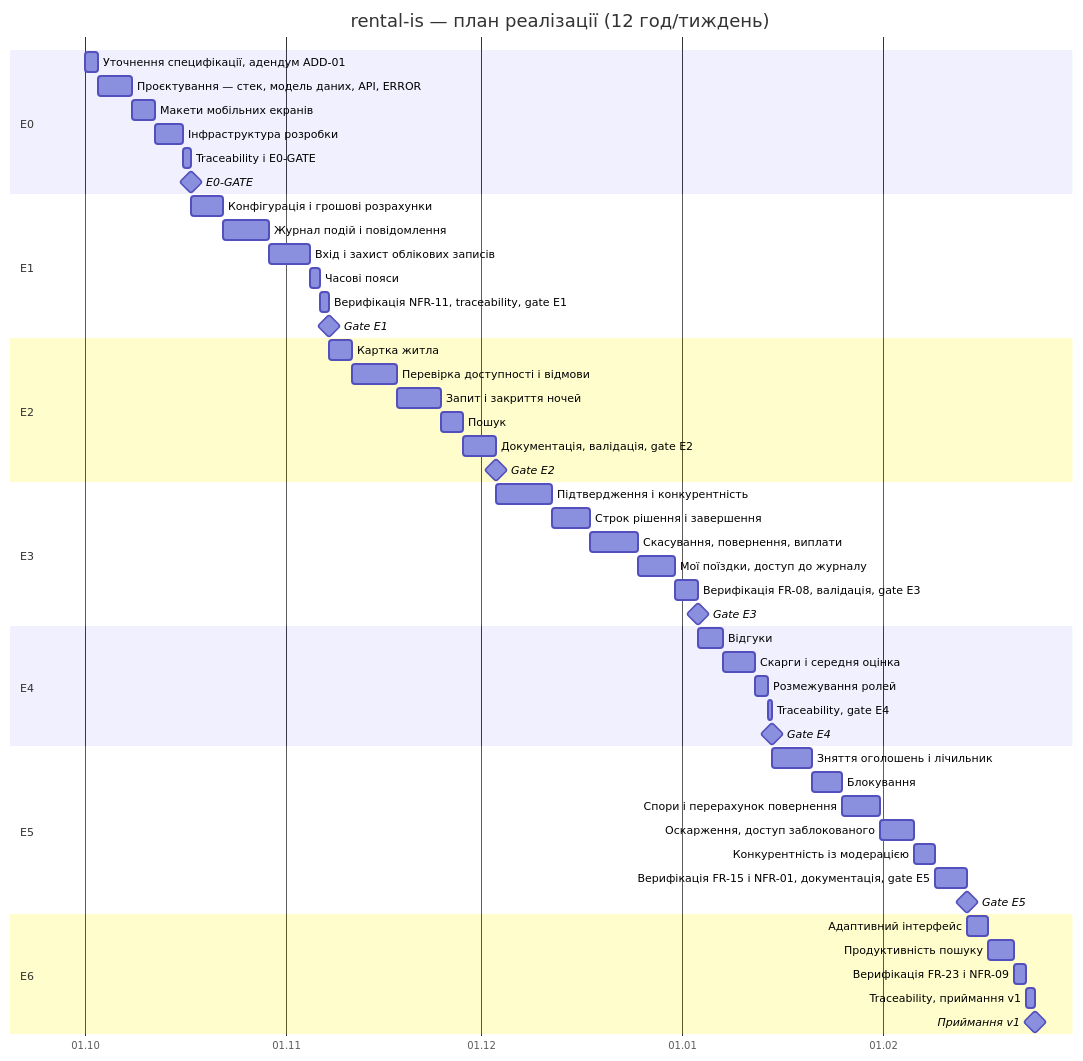
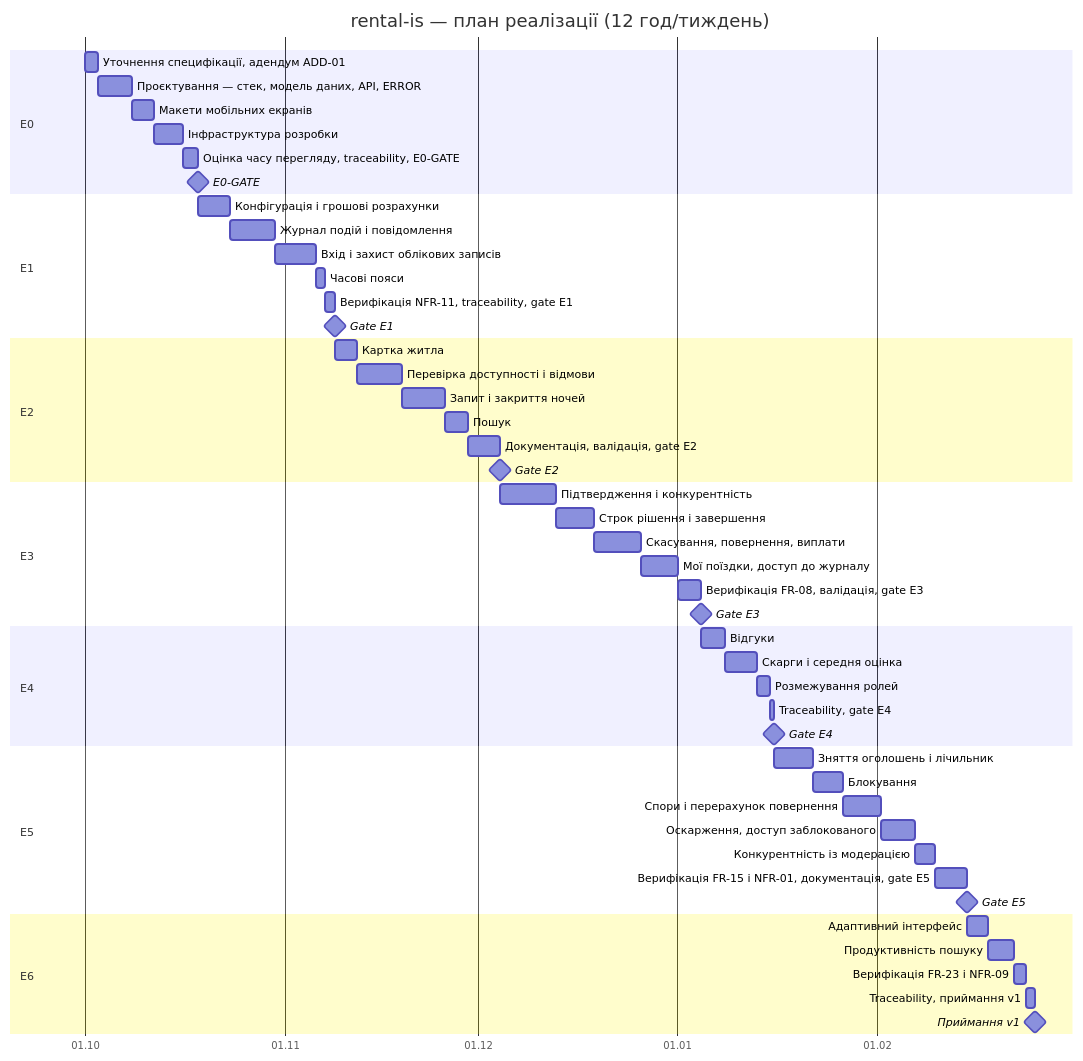
One commit to obolentsevB/rental-is changed the diagram in docs/plan.md. Above: the diagram before and after it, drawn with Mermaid. The commit also changed other lines of this file and 7 other files, not shown here.

```diff
--- a/docs/plan.md
+++ b/docs/plan.md
@@ -99,8 +106,8 @@
     Макети мобільних екранів :g0c, after g0b, 84h
     %% g0d: 7,5 год; логічно після: g0b
     Інфраструктура розробки :g0d, after g0b g0c, 105h
-    %% g0e: 2 год; логічно після: g0a, g0b, g0c, g0d
-    Traceability і Е0-GATE :g0e, after g0a g0b g0c g0d, 28h
+    %% g0e: 4 год; логічно після: g0a, g0b, g0c, g0d
+    Оцінка часу перегляду, traceability, Е0-GATE :g0e, after g0a g0b g0c g0d, 56h
     Е0-GATE :milestone, m0, after g0e, 0h
 
     section Е1
```
